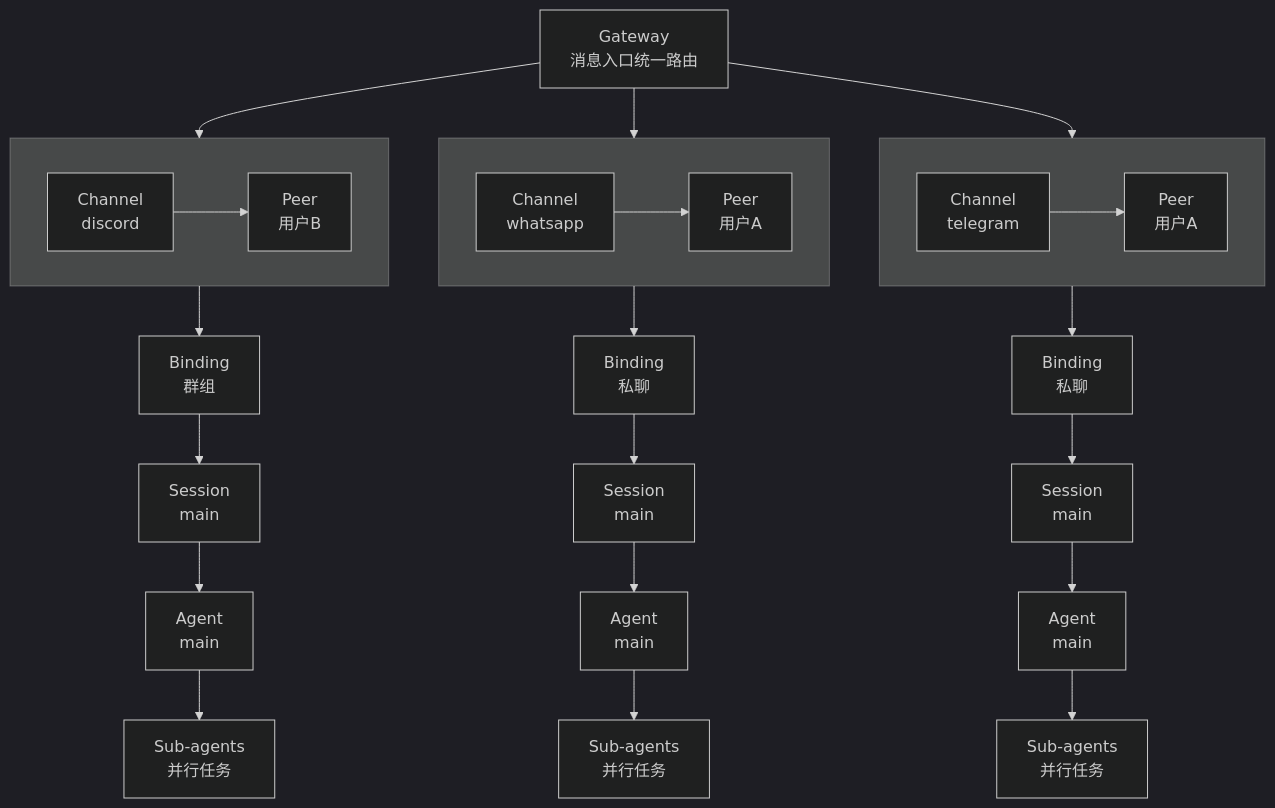
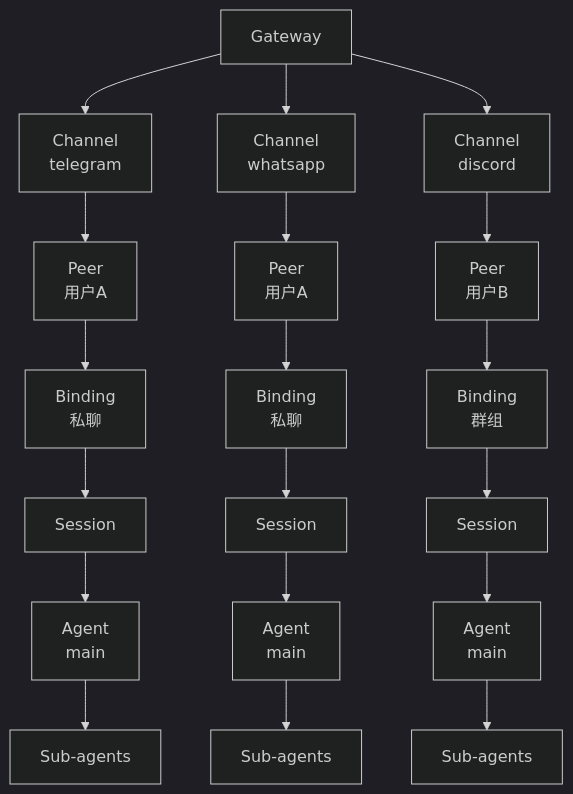
One commit to HardySimpson/blog changed the fifth of 5 diagrams in _posts/2026-04-14-openclaw-binding-peer-channel-agent.md. Above: the diagram before and after it, drawn with Mermaid (dark theme). The commit also changed other lines of this file, not shown here.

Commit message:
Fix Mermaid: 移除 HTML 标签，兼容 GitHub 渲染

````diff
--- a/_posts/2026-04-14-openclaw-binding-peer-channel-agent.md
+++ b/_posts/2026-04-14-openclaw-binding-peer-channel-agent.md
@@ -174,39 +165,28 @@
 ```mermaid
 flowchart TB
-    GW[Gateway<br/>消息入口统一路由]
+    GW[Gateway]
 
-    subgraph Channel1[" "]
-        direction LR
-        C1[Channel<br/>telegram] --> P1[Peer<br/>用户A]
-    end
+    GW --> C1[Channel<br/>telegram]
+    GW --> C2[Channel<br/>whatsapp]
+    GW --> C3[Channel<br/>discord]
 
-    subgraph Channel2[" "]
-        direction LR
-        C2[Channel<br/>whatsapp] --> P2[Peer<br/>用户A]
-    end
-
-    subgraph Channel3[" "]
-        direction LR
-        C3[Channel<br/>discord] --> P3[Peer<br/>用户B]
-    end
-
-    GW --> C1
-    GW --> C2
-    GW --> C3
+    C1 --> P1[Peer<br/>用户A]
+    C2 --> P2[Peer<br/>用户A]
+    C3 --> P3[Peer<br/>用户B]
 
     P1 --> B1[Binding<br/>私聊]
     P2 --> B2[Binding<br/>私聊]
     P3 --> B3[Binding<br/>群组]
 
-    B1 --> S1[Session<br/>main]
-    B2 --> S2[Session<br/>main]
-    B3 --> S3[Session<br/>main]
+    B1 --> S1[Session]
+    B2 --> S2[Session]
+    B3 --> S3[Session]
 
     S1 --> Ag1[Agent<br/>main]
     S2 --> Ag2[Agent<br/>main]
     S3 --> Ag3[Agent<br/>main]
 
-    Ag1 --> SA1[Sub-agents<br/>并行任务]
-    Ag2 --> SA2[Sub-agents<br/>并行任务]
-    Ag3 --> SA3[Sub-agents<br/>并行任务]
+    Ag1 --> SA1[Sub-agents]
+    Ag2 --> SA2[Sub-agents]
+    Ag3 --> SA3[Sub-agents]
 ```
````
